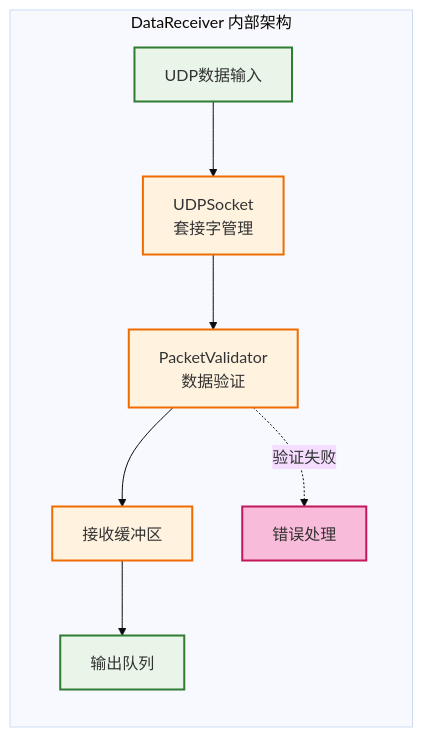
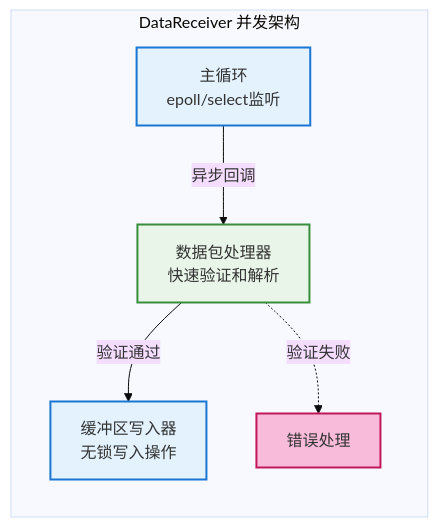
The seventh of 51 diagrams in docs/01_项目设计/MVP系统设计文档.md (wendizhou99-cell/Radar), drawn with Mermaid (base theme) before and after one commit. The commit also changed other lines of this file and 208 other files, not shown here.

````diff
--- a/docs/01_项目设计/MVP系统设计文档.md
+++ b/docs/01_项目设计/MVP系统设计文档.md
@@ -438,25 +510,20 @@
 ```mermaid
 flowchart LR
-    subgraph "DataReceiver 内部架构"
-        INPUT[UDP数据输入]
-        SOCKET[UDPSocket<br/>套接字管理]
-        VALIDATOR[PacketValidator<br/>数据验证]
-        BUFFER[接收缓冲区]
-        QUEUE[输出队列]
+    subgraph "DataReceiver 并发架构"
+        MAIN_LOOP[主循环<br/>epoll/select监听]
+        PACKET_HANDLER[数据包处理器<br/>快速验证和解析]
+        BUFFER_WRITER[缓冲区写入器<br/>无锁写入操作]
 
-        INPUT --> SOCKET
-        SOCKET --> VALIDATOR
-        VALIDATOR --> BUFFER
-        BUFFER --> QUEUE
-
-        VALIDATOR -.->|验证失败| ERROR[错误处理]
+        MAIN_LOOP -->|异步回调| PACKET_HANDLER
+        PACKET_HANDLER -->|验证通过| BUFFER_WRITER
+        PACKET_HANDLER -.->|验证失败| ERROR_HANDLER[错误处理]
     end
 
-    classDef core fill:#e8f5e8,stroke:#2e7d32,stroke-width:2px
-    classDef app fill:#fff3e0,stroke:#ef6c00,stroke-width:2px
-    classDef adv fill:#f8bbd9,stroke:#c2185b,stroke-width:2px
+    classDef io fill:#e3f2fd,stroke:#1976d2,stroke-width:2px
+    classDef process fill:#e8f5e8,stroke:#388e3c,stroke-width:2px
+    classDef error fill:#f8bbd9,stroke:#c2185b,stroke-width:2px
 
-    class INPUT,QUEUE core
-    class SOCKET,VALIDATOR,BUFFER app
-    class ERROR adv
+    class MAIN_LOOP,BUFFER_WRITER io
+    class PACKET_HANDLER process
+    class ERROR_HANDLER error
 ```
````
